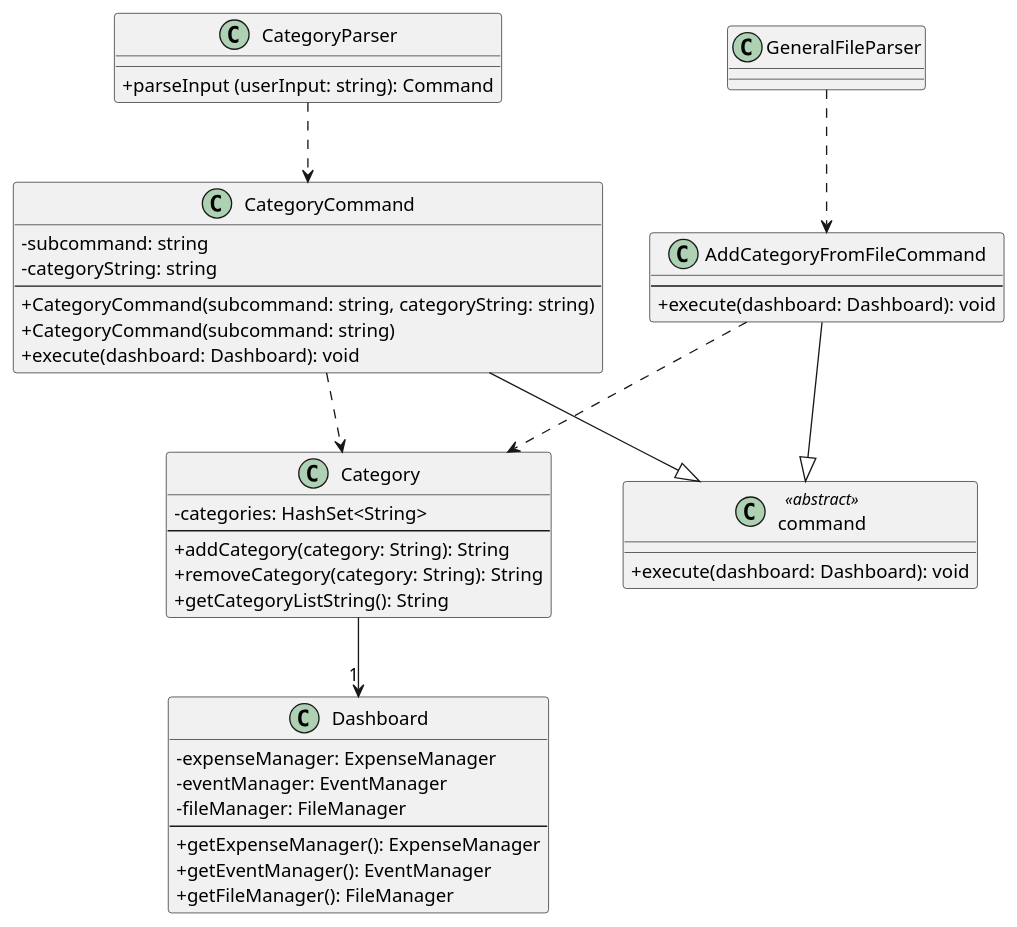
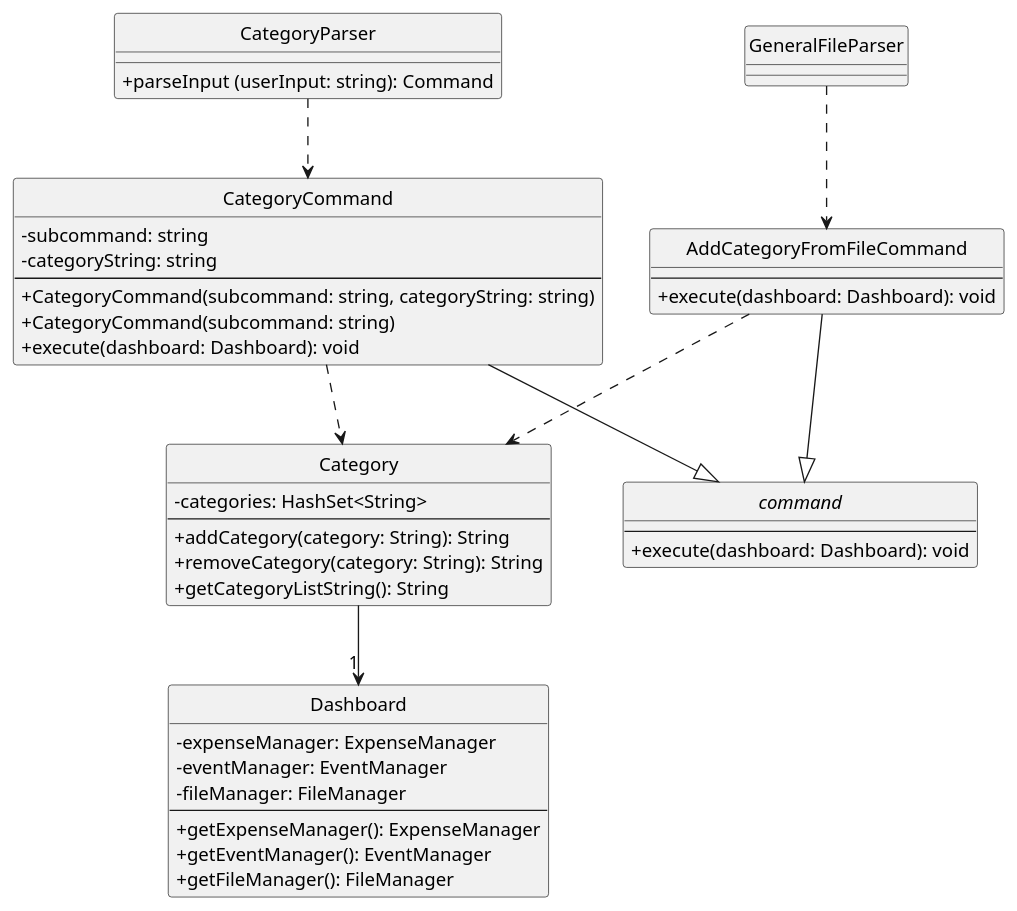
The diagram in docs/team/UML_Files/Category_class.puml (JianJiaT/tp), drawn with PlantUML before and after one commit. The commit also changed 2 other files, not shown here.

```diff
--- a/docs/team/UML_Files/Category_class.puml
+++ b/docs/team/UML_Files/Category_class.puml
@@ -1,45 +1,47 @@
 @startuml
+hide circle
 skinparam classAttributeIconSize 0
 class Dashboard {
     - expenseManager: ExpenseManager
     - eventManager: EventManager
     - fileManager: FileManager
     --
     + getExpenseManager(): ExpenseManager
     + getEventManager(): EventManager
     + getFileManager(): FileManager
 }
-class command <<abstract>> {
+abstract class command {
+    --
     + execute(dashboard: Dashboard): void
 }
 class CategoryCommand {
     - subcommand: string
     - categoryString: string
     --
     + CategoryCommand(subcommand: string, categoryString: string)
     + CategoryCommand(subcommand: string)
     + execute(dashboard: Dashboard): void
    }
 class AddCategoryFromFileCommand {
     --
     + execute(dashboard: Dashboard): void
 }
 class CategoryParser {
     + parseInput (userInput: string): Command
 }
 class GeneralFileParser
 class Category {
      - categories: HashSet<String>
      --
      + addCategory(category: String): String
      + removeCategory(category: String): String
      + getCategoryListString(): String
 }
 AddCategoryFromFileCommand --|> command
 CategoryCommand --|> command
 Category --> "1"  Dashboard
 CategoryParser -[dashed]-> CategoryCommand
 CategoryCommand -[dashed]->  Category
 AddCategoryFromFileCommand -[dashed]-> Category
 GeneralFileParser -[dashed]-> AddCategoryFromFileCommand
 @enduml
```
